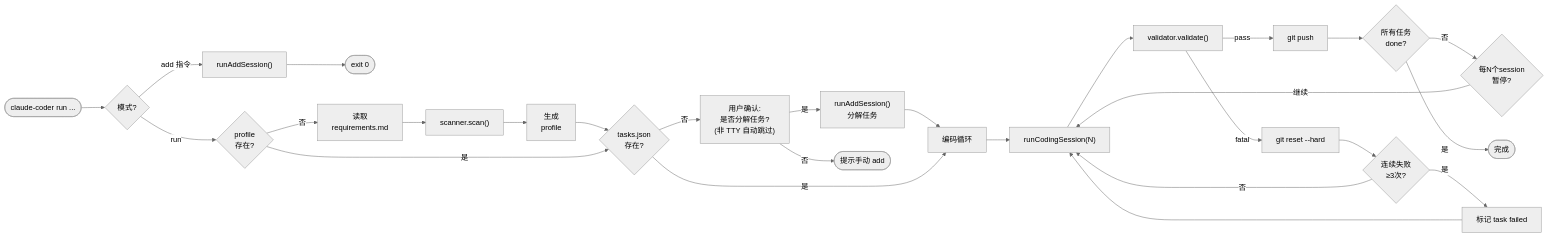
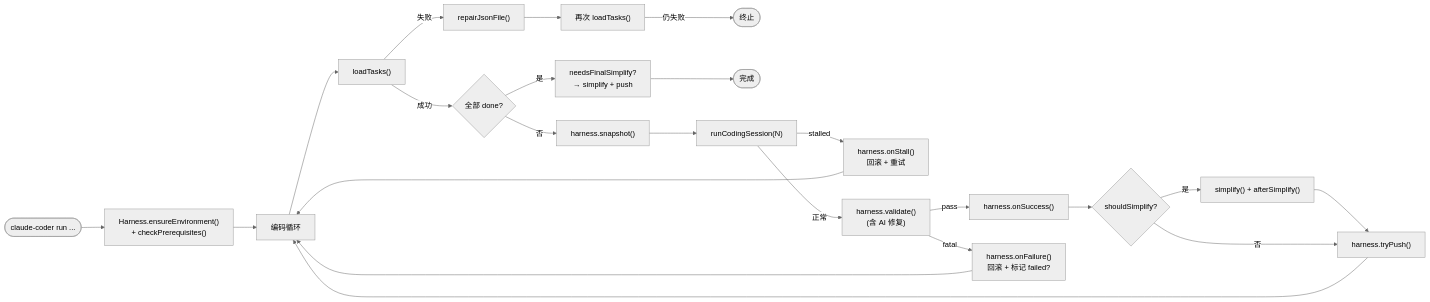
Before and after one commit to lk19940215/auto-coder: the second of 4 diagrams in design/ARCHITECTURE.md, drawn with Mermaid (neutral theme). The commit also changed other lines of this file and 25 other files, not shown here.

````diff
--- a/design/ARCHITECTURE.md
+++ b/design/ARCHITECTURE.md
@@ -138,36 +146,31 @@
 ```mermaid
 flowchart LR
-    start(["claude-coder run ..."]) --> mode{模式?}
+    start(["claude-coder run ..."]) --> harness["Harness.ensureEnvironment()<br/>+ checkPrerequisites()"]
 
-    mode -->|"add 指令"| add["runAddSession()"]
-    add --> exit_add([exit 0])
+    harness --> loop["编码循环"]
 
-    mode -->|run| checkProfile{profile<br/>存在?}
+    loop --> loadT["loadTasks()"]
+    loadT -->|失败| repair["repairJsonFile()"]
+    repair --> loadT2["再次 loadTasks()"]
+    loadT2 -->|仍失败| abort([终止])
 
-    checkProfile -->|否| req["读取<br/>requirements.md"]
-    req --> scan["scanner.scan()"]
-    scan --> profile_out["生成<br/>profile"]
-    profile_out --> checkTasks{tasks.json<br/>存在?}
+    loadT -->|成功| allDone{全部 done?}
+    allDone -->|是| finalSimplify["needsFinalSimplify?<br/>→ simplify + push"]
+    finalSimplify --> finish([完成])
 
-    checkProfile -->|是| checkTasks
-    checkTasks -->|否| confirm["用户确认:<br/>是否分解任务?<br/>(非 TTY 自动跳过)"]
-    confirm -->|是| addSession["runAddSession()<br/>分解任务"]
-    addSession --> loop
-    confirm -->|否| exitNoTask([提示手动 add])
+    allDone -->|否| snapshot["harness.snapshot()"]
+    snapshot --> session["runCodingSession(N)"]
+    session -->|stalled| onStall["harness.onStall()<br/>回滚 + 重试"]
+    onStall --> loop
 
-    checkTasks -->|是| loop
+    session -->|正常| val["harness.validate()<br/>(含 AI 修复)"]
+    val -->|pass| onSuccess["harness.onSuccess()"]
+    onSuccess --> simplifyCheck{shouldSimplify?}
+    simplifyCheck -->|是| simplify["simplify() + afterSimplify()"]
+    simplify --> push["harness.tryPush()"]
+    simplifyCheck -->|否| push
+    push --> loop
 
-    loop["编码循环"] --> session["runCodingSession(N)"]
-    session --> val["validator.validate()"]
-    val -->|pass| push["git push"]
-    push --> done_check{所有任务<br/>done?}
-    done_check -->|否| pause_check{每N个session<br/>暂停?}
-    pause_check -->|继续| session
-    done_check -->|是| finish([完成])
-
-    val -->|fatal| rollback["git reset --hard"]
-    rollback --> retry_check{连续失败<br/>≥3次?}
-    retry_check -->|否| session
-    retry_check -->|是| mark_failed["标记 task failed"]
-    mark_failed --> session
+    val -->|fatal| onFailure["harness.onFailure()<br/>回滚 + 标记 failed?"]
+    onFailure --> loop
 ```
````
